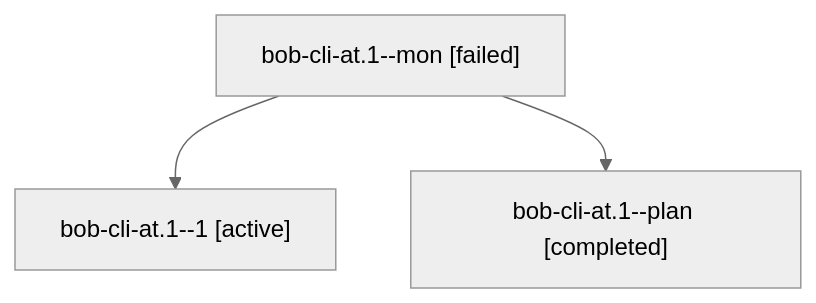
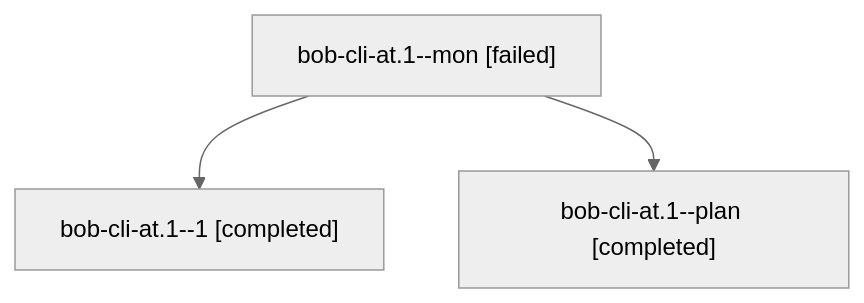
The diagram in sessions/bbugyi200.athena.bob-cli-at.1.md (bobs-org/bob-cli--agents), drawn with Mermaid (neutral theme) before and after one commit. The commit also changed other lines of this file and 130 other files, not shown here.

````diff
--- a/sessions/bbugyi200.athena.bob-cli-at.1.md
+++ b/sessions/bbugyi200.athena.bob-cli-at.1.md
@@ -9,8 +9,8 @@
 ```mermaid
 flowchart TD
   n0["bob-cli-at.1--mon [failed]"]
-  n1["bob-cli-at.1--1 [active]"]
+  n1["bob-cli-at.1--1 [completed]"]
   n0 --> n1
   n2["bob-cli-at.1--plan [completed]"]
   n0 --> n2
 ```
````
